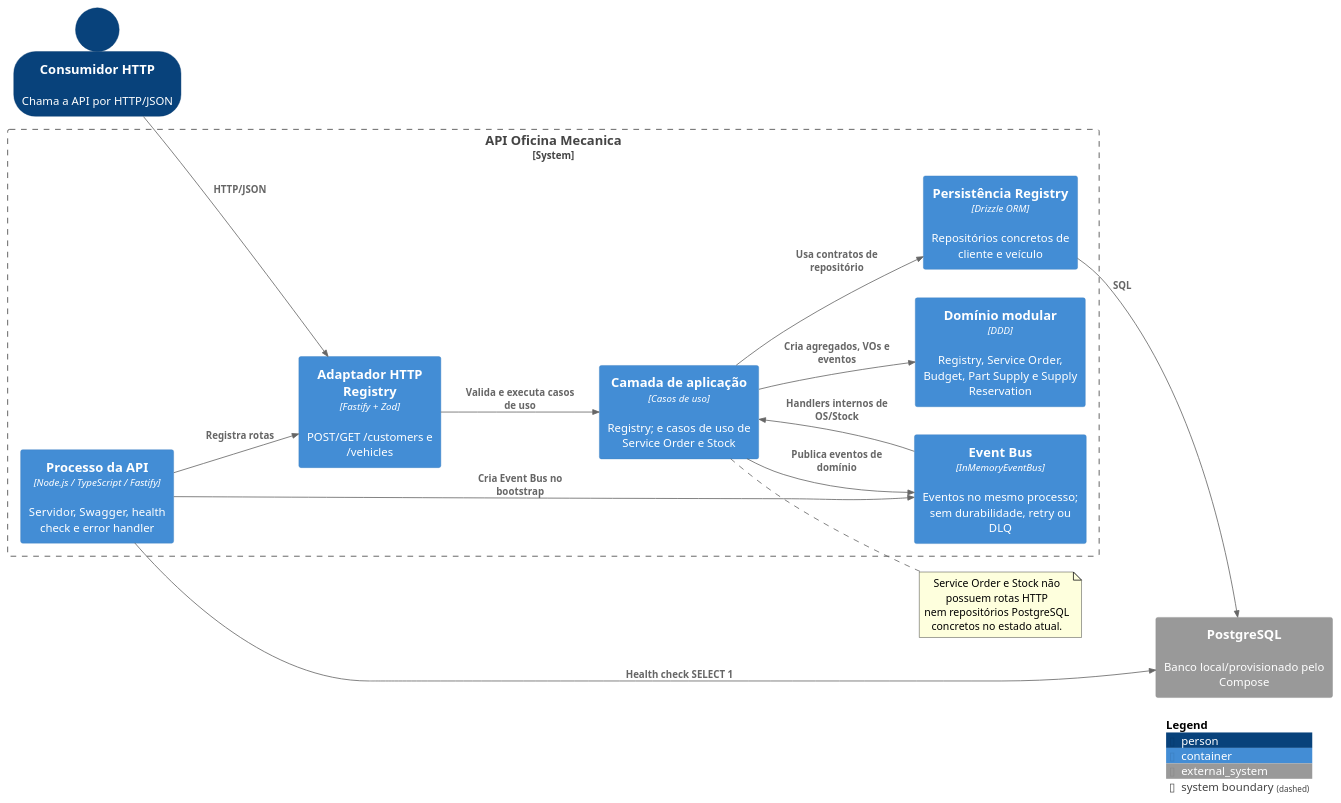
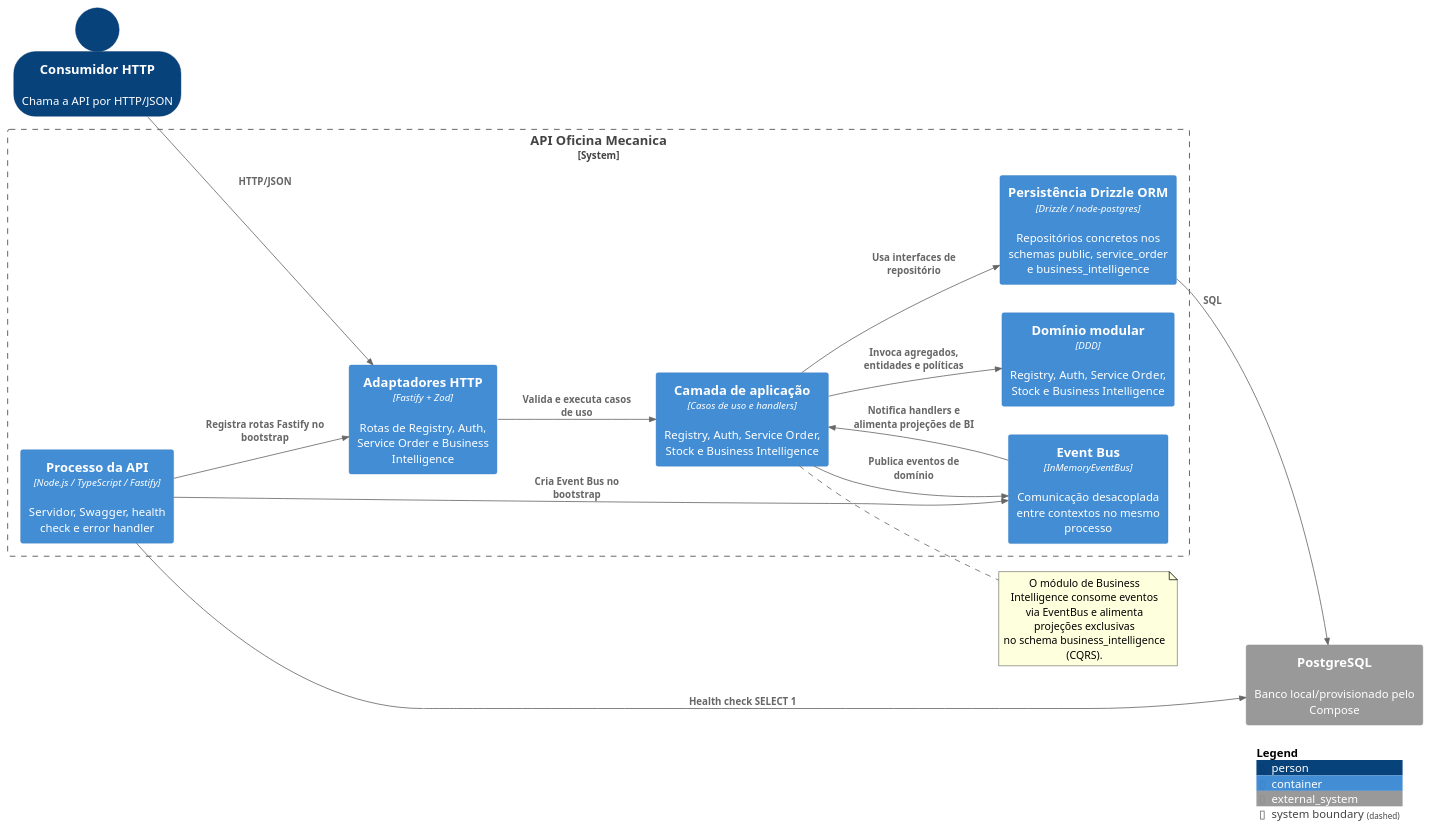
Before and after one commit to 15soat-fiap-45/api.mecanica: the diagram in docs/plantuml/c4-containers.puml, drawn with PlantUML. The commit also changed 10 other files, not shown here.

Commit message:
docs(bi): add complete documentation, ADR and PlantUML diagrams for BI module

```diff
--- a/docs/plantuml/c4-containers.puml
+++ b/docs/plantuml/c4-containers.puml
@@ -1,34 +1,35 @@
 @startuml C4 Containers - API Oficina Mecanica
 !include https://raw.githubusercontent.com/plantuml-stdlib/C4-PlantUML/master/C4_Container.puml
 LAYOUT_LEFT_RIGHT()
 SHOW_PERSON_OUTLINE()
 
 Person(client, "Consumidor HTTP", "Chama a API por HTTP/JSON")
 
 System_Boundary(system, "API Oficina Mecanica") {
     Container(api, "Processo da API", "Node.js / TypeScript / Fastify", "Servidor, Swagger, health check e error handler")
-    Container(registry_http, "Adaptador HTTP Registry", "Fastify + Zod", "POST/GET /customers e /vehicles")
-    Container(application, "Camada de aplicação", "Casos de uso", "Registry; e casos de uso de Service Order e Stock")
-    Container(domain, "Domínio modular", "DDD", "Registry, Service Order, Budget, Part Supply e Supply Reservation")
-    Container(event_bus, "Event Bus", "InMemoryEventBus", "Eventos no mesmo processo; sem durabilidade, retry ou DLQ")
-    Container(drizzle, "Persistência Registry", "Drizzle ORM", "Repositórios concretos de cliente e veículo")
+    Container(http_adapters, "Adaptadores HTTP", "Fastify + Zod", "Rotas de Registry, Auth, Service Order e Business Intelligence")
+    Container(application, "Camada de aplicação", "Casos de uso e handlers", "Registry, Auth, Service Order, Stock e Business Intelligence")
+    Container(domain, "Domínio modular", "DDD", "Registry, Auth, Service Order, Stock e Business Intelligence")
+    Container(event_bus, "Event Bus", "InMemoryEventBus", "Comunicação desacoplada entre contextos no mesmo processo")
+    Container(drizzle, "Persistência Drizzle ORM", "Drizzle / node-postgres", "Repositórios concretos nos schemas public, service_order e business_intelligence")
 }
 System_Ext(postgres, "PostgreSQL", "Banco local/provisionado pelo Compose")
 
-Rel(client, registry_http, "HTTP/JSON")
-Rel(registry_http, application, "Valida e executa casos de uso")
-Rel(application, domain, "Cria agregados, VOs e eventos")
-Rel(application, drizzle, "Usa contratos de repositório")
+Rel(client, http_adapters, "HTTP/JSON")
+Rel(http_adapters, application, "Valida e executa casos de uso")
+Rel(application, domain, "Invoca agregados, entidades e políticas")
+Rel(application, drizzle, "Usa interfaces de repositório")
 Rel(drizzle, postgres, "SQL")
 Rel(application, event_bus, "Publica eventos de domínio")
-Rel(event_bus, application, "Handlers internos de OS/Stock")
-Rel(api, registry_http, "Registra rotas")
+Rel(event_bus, application, "Notifica handlers e alimenta projeções de BI")
+Rel(api, http_adapters, "Registra rotas Fastify no bootstrap")
 Rel(api, event_bus, "Cria Event Bus no bootstrap")
 Rel(api, postgres, "Health check SELECT 1")
 
 note right of application
-    Service Order e Stock não possuem rotas HTTP
-    nem repositórios PostgreSQL concretos no estado atual.
+    O módulo de Business Intelligence consome eventos
+    via EventBus e alimenta projeções exclusivas
+    no schema business_intelligence (CQRS).
 end note
 SHOW_LEGEND()
 @enduml
```
